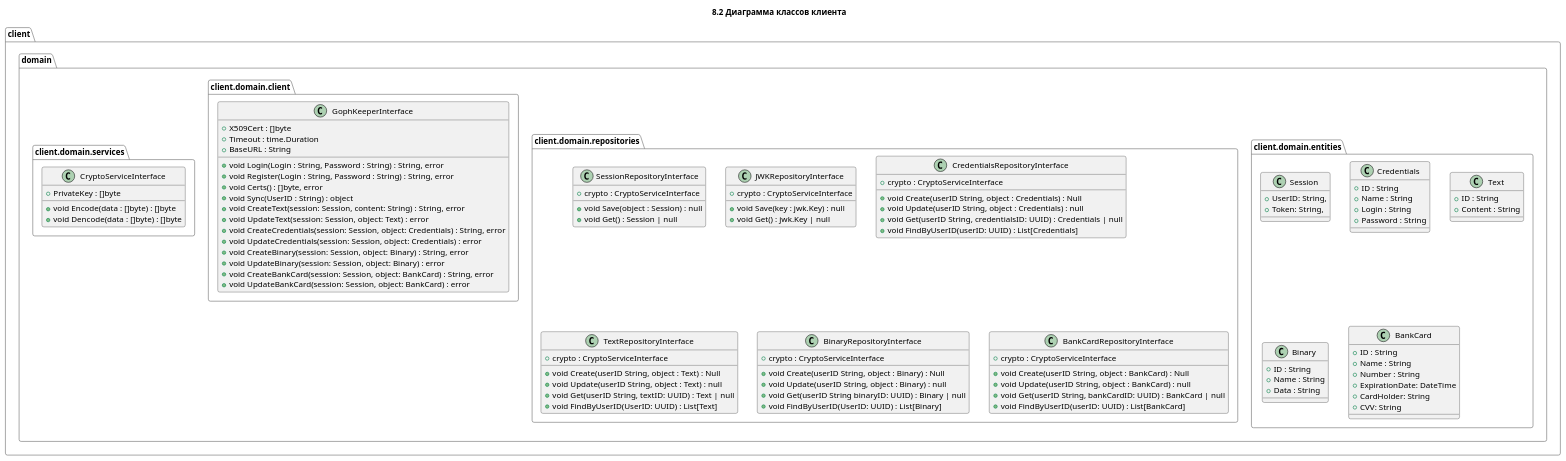
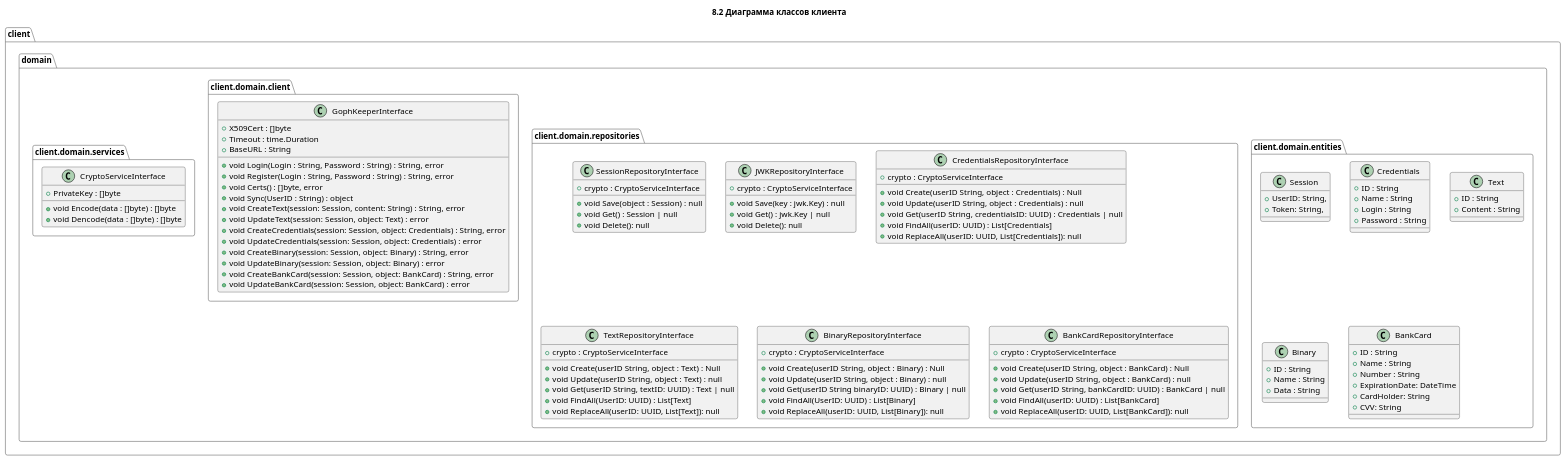
The diagram in docs/arc42/8. Crosscutting Concepts/8.2 Client Domain Terminology.puml (Nickolasll/GophKeeper), drawn with PlantUML before and after one commit. The commit also changed 55 other files, not shown here.

```diff
--- a/docs/arc42/8. Crosscutting Concepts/8.2 Client Domain Terminology.puml
+++ b/docs/arc42/8. Crosscutting Concepts/8.2 Client Domain Terminology.puml
@@ -1,116 +1,122 @@
 @startuml
 !theme vibrant
 title: 8.2 Диаграмма классов клиента
 
 namespace client {
     namespace domain {
         namespace entities {}
         namespace repositories {}
         namespace client {}
         namespace services {}
     }
 }
 
 class client.domain.entities.Session {
     + UserID: String,
     + Token: String,
 }
 
 class client.domain.entities.Credentials {
     + ID : String
     + Name : String
     + Login : String
     + Password : String
 }
 
 class client.domain.entities.Text {
     + ID : String
     + Content : String
 }
 
 class client.domain.entities.Binary {
     + ID : String
     + Name : String
     + Data : String
 }
 
 class client.domain.entities.BankCard {
     + ID : String
     + Name : String
     + Number : String
     + ExpirationDate: DateTime
     + CardHolder: String
     + CVV: String
 }
 
 class client.domain.repositories.SessionRepositoryInterface {
     + crypto : CryptoServiceInterface
     + void Save(object : Session) : null
     + void Get() : Session | null
+    + void Delete(): null
 }
 
 class client.domain.repositories.JWKRepositoryInterface {
     + crypto : CryptoServiceInterface
     + void Save(key : jwk.Key) : null
     + void Get() : jwk.Key | null
+    + void Delete(): null
 }
 
 class client.domain.repositories.CredentialsRepositoryInterface {
     + crypto : CryptoServiceInterface
     + void Create(userID String, object : Credentials) : Null
     + void Update(userID String, object : Credentials) : null
     + void Get(userID String, credentialsID: UUID) : Credentials | null
-    + void FindByUserID(userID: UUID) : List[Credentials]
+    + void FindAll(userID: UUID) : List[Credentials]
+    + void ReplaceAll(userID: UUID, List[Credentials]): null
 }
 
 class client.domain.repositories.TextRepositoryInterface {
     + crypto : CryptoServiceInterface
     + void Create(userID String, object : Text) : Null
     + void Update(userID String, object : Text) : null
     + void Get(userID String, textID: UUID) : Text | null
-    + void FindByUserID(UserID: UUID) : List[Text]
+    + void FindAll(UserID: UUID) : List[Text]
+    + void ReplaceAll(userID: UUID, List[Text]): null
 }
 
 class client.domain.repositories.BinaryRepositoryInterface {
     + crypto : CryptoServiceInterface
     + void Create(userID String, object : Binary) : Null
     + void Update(userID String, object : Binary) : null
     + void Get(userID String binaryID: UUID) : Binary | null
-    + void FindByUserID(UserID: UUID) : List[Binary]
+    + void FindAll(UserID: UUID) : List[Binary]
+    + void ReplaceAll(userID: UUID, List[Binary]): null
 }
 
 class client.domain.repositories.BankCardRepositoryInterface {
     + crypto : CryptoServiceInterface
     + void Create(userID String, object : BankCard) : Null
     + void Update(userID String, object : BankCard) : null
     + void Get(userID String, bankCardID: UUID) : BankCard | null
-    + void FindByUserID(userID: UUID) : List[BankCard]
+    + void FindAll(userID: UUID) : List[BankCard]
+    + void ReplaceAll(userID: UUID, List[BankCard]): null
 }
 
 class client.domain.client.GophKeeperInterface {
     + X509Cert : []byte
     + Timeout : time.Duration
     + BaseURL : String
     + void Login(Login : String, Password : String) : String, error
     + void Register(Login : String, Password : String) : String, error
     + void Certs() : []byte, error
     + void Sync(UserID : String) : object
     + void CreateText(session: Session, content: String) : String, error
     + void UpdateText(session: Session, object: Text) : error
     + void CreateCredentials(session: Session, object: Credentials) : String, error
     + void UpdateCredentials(session: Session, object: Credentials) : error
     + void CreateBinary(session: Session, object: Binary) : String, error
     + void UpdateBinary(session: Session, object: Binary) : error
     + void CreateBankCard(session: Session, object: BankCard) : String, error
     + void UpdateBankCard(session: Session, object: BankCard) : error
 }
 
 
 class client.domain.services.CryptoServiceInterface {
     + PrivateKey : []byte
     + void Encode(data : []byte) : []byte
     + void Dencode(data : []byte) : []byte
 }
 
 
 @enduml
```
